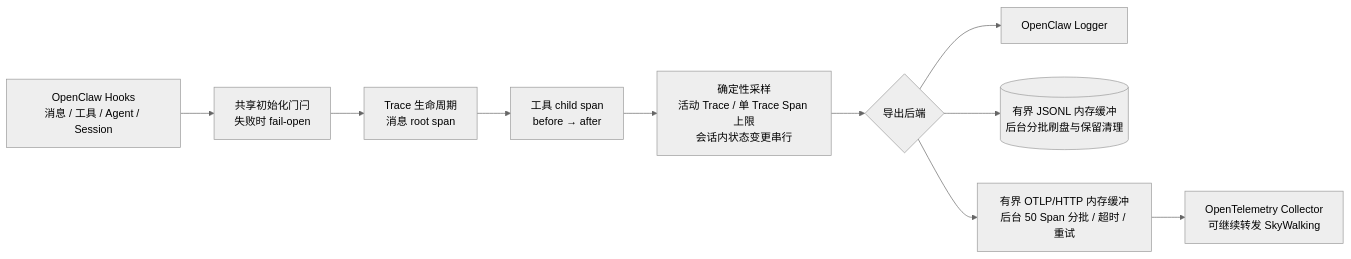
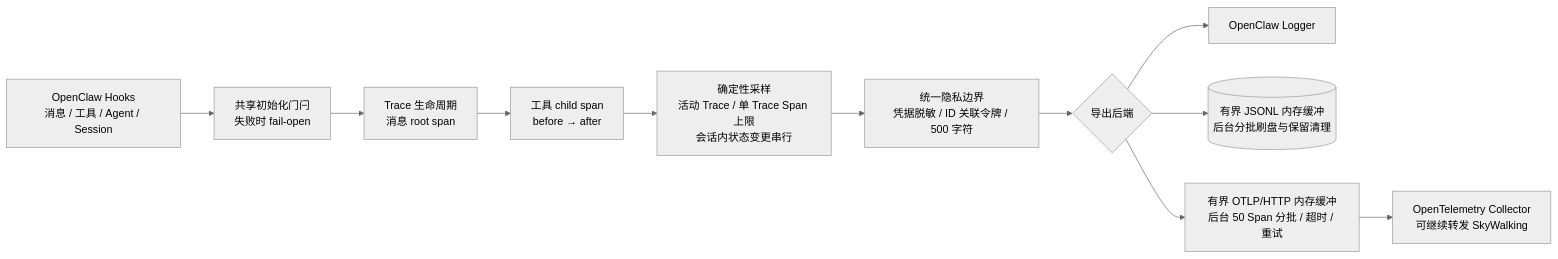
One commit to partme-ai/openclaw-plugins changed the first of 2 diagrams in extensions/tracing/README.zh-CN.md. Above: the diagram before and after it, drawn with Mermaid (neutral theme). The commit also changed other lines of this file and 91 other files, not shown here.

````diff
--- a/extensions/tracing/README.zh-CN.md
+++ b/extensions/tracing/README.zh-CN.md
@@ -24,18 +42,19 @@
 ```mermaid
 flowchart LR
     Hooks["OpenClaw Hooks<br/>消息 / 工具 / Agent / Session"]
     Init["共享初始化门闩<br/>失败时 fail-open"]
     Trace["Trace 生命周期<br/>消息 root span"]
     Tool["工具 child span<br/>before → after"]
     Guard["确定性采样<br/>活动 Trace / 单 Trace Span 上限<br/>会话内状态变更串行"]
+    Privacy["统一隐私边界<br/>凭据脱敏 / ID 关联令牌 / 500 字符"]
     Backend{"导出后端"}
     Log["OpenClaw Logger"]
     File[("有界 JSONL 内存缓冲<br/>后台分批刷盘与保留清理")]
     Otlp["有界 OTLP/HTTP 内存缓冲<br/>后台 50 Span 分批 / 超时 / 重试"]
     Collector["OpenTelemetry Collector<br/>可继续转发 SkyWalking"]
 
-    Hooks --> Init --> Trace --> Tool --> Guard --> Backend
+    Hooks --> Init --> Trace --> Tool --> Guard --> Privacy --> Backend
     Backend --> Log
     Backend --> File
     Backend --> Otlp --> Collector
 ```
````
